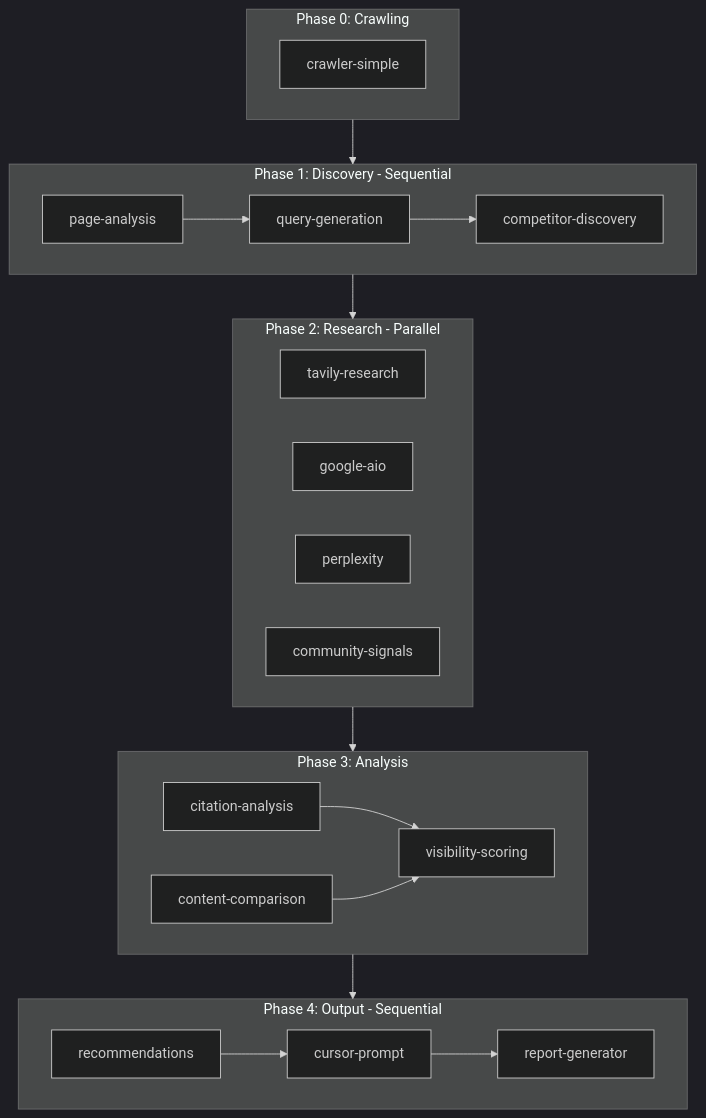
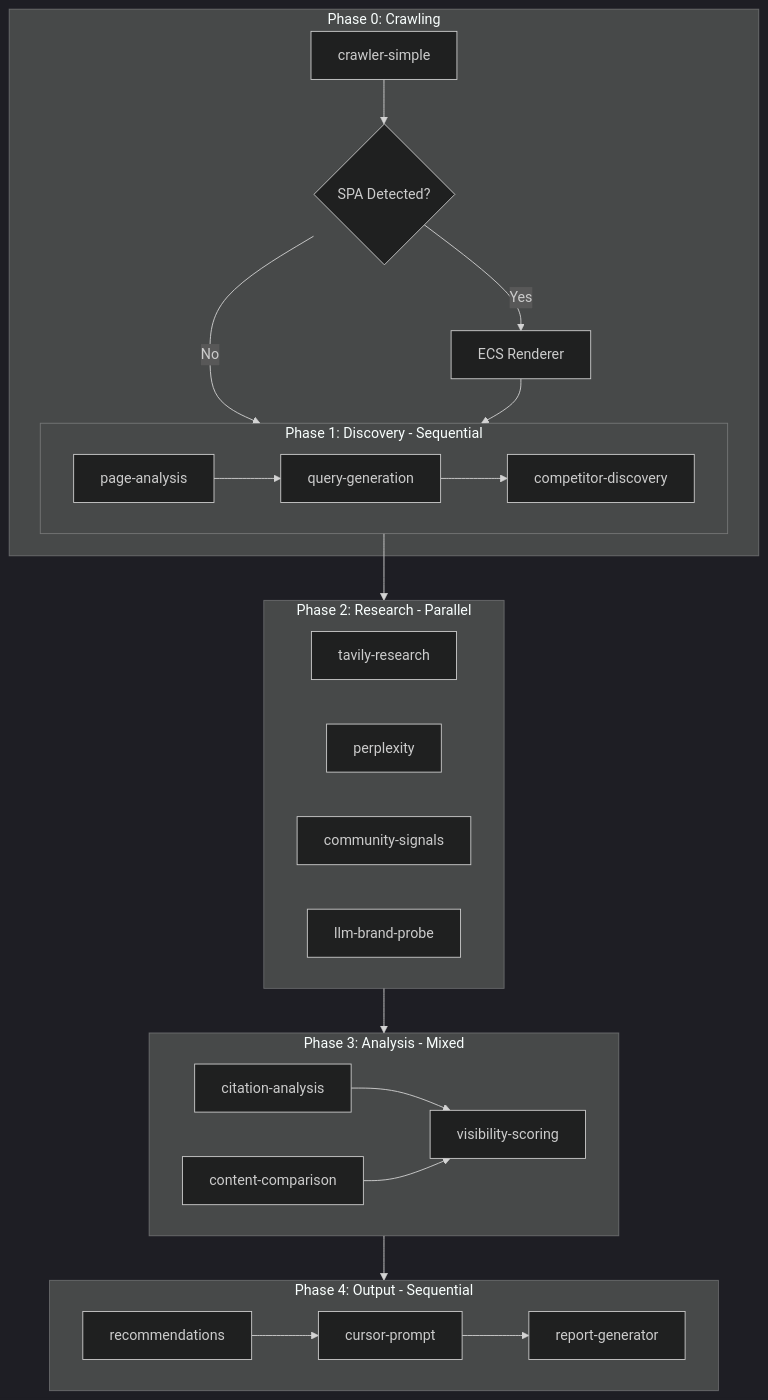
One commit to prop-intel/propintel changed the diagram in .docs/30k_View/agent_architecture.md. Above: the diagram before and after it, drawn with Mermaid (dark theme). The commit also changed other lines of this file and 6 other files, not shown here.

````diff
--- a/.docs/30k_View/agent_architecture.md
+++ b/.docs/30k_View/agent_architecture.md
@@ -12,34 +13,39 @@
 ```mermaid
 flowchart TD
     subgraph Crawling[Phase 0: Crawling]
         C[crawler-simple]
+        SPA{SPA Detected?}
+        ECS[ECS Renderer]
+        C --> SPA
+        SPA -->|Yes| ECS
+        SPA -->|No| Discovery
+        ECS --> Discovery
     end
 
     subgraph Discovery[Phase 1: Discovery - Sequential]
         D1[page-analysis] --> D2[query-generation] --> D3[competitor-discovery]
     end
 
     subgraph Research[Phase 2: Research - Parallel]
         R1[tavily-research]
-        R2[google-aio]
-        R3[perplexity]
-        R4[community-signals]
+        R2[perplexity]
+        R3[community-signals]
+        R4[llm-brand-probe]
     end
 
-    subgraph Analysis[Phase 3: Analysis]
+    subgraph Analysis[Phase 3: Analysis - Mixed]
         A1[citation-analysis]
         A2[content-comparison]
         A3[visibility-scoring]
         A1 --> A3
         A2 --> A3
     end
 
     subgraph Output[Phase 4: Output - Sequential]
         O1[recommendations] --> O2[cursor-prompt] --> O3[report-generator]
     end
 
-    Crawling --> Discovery
     Discovery --> Research
     Research --> Analysis
     Analysis --> Output
 ```
````
